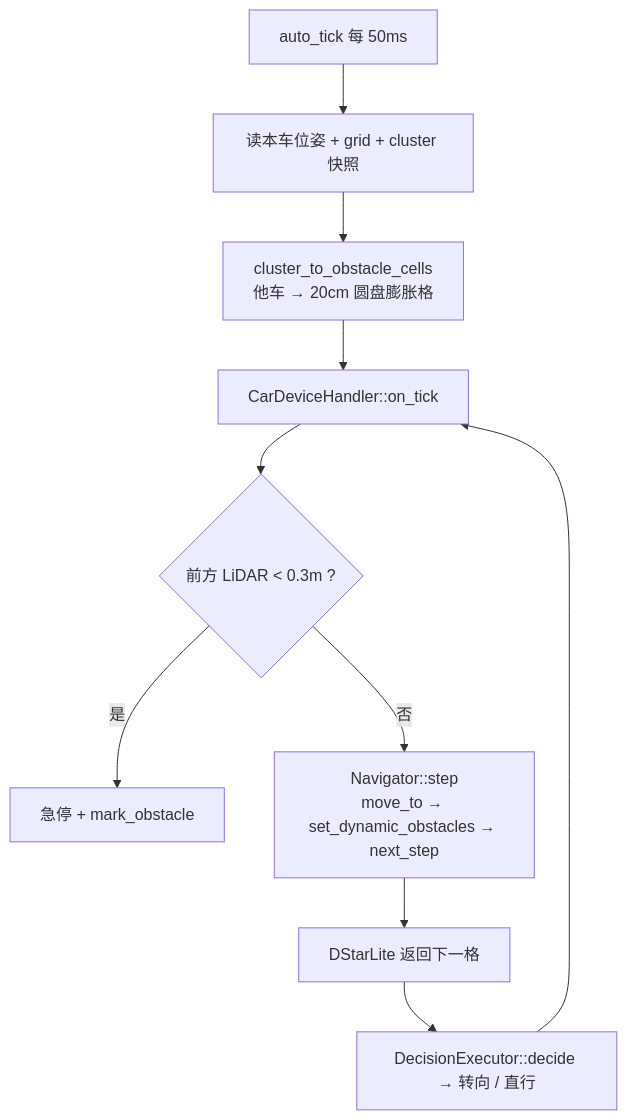
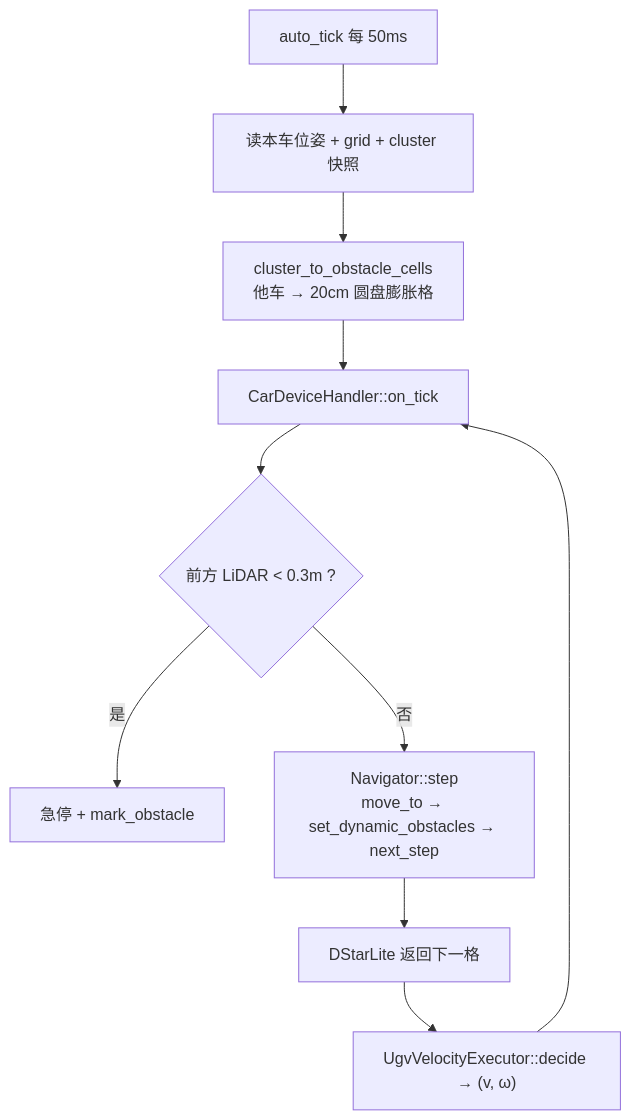
Before and after one commit to LYK-ce/Pleiades: the third of 5 diagrams in Architecture/robot_arch.md, drawn with Mermaid. The commit also changed other lines of this file and 2 other files, not shown here.

````diff
--- a/Architecture/robot_arch.md
+++ b/Architecture/robot_arch.md
@@ -299,12 +294,12 @@
 ```mermaid
 flowchart TD
     A["auto_tick 每 50ms"] --> B["读本车位姿 + grid + cluster 快照"]
     B --> C["cluster_to_obstacle_cells<br/>他车 → 20cm 圆盘膨胀格"]
     C --> D["CarDeviceHandler::on_tick"]
     D --> E{"前方 LiDAR < 0.3m ?"}
     E -- 是 --> F["急停 + mark_obstacle"]
     E -- 否 --> G["Navigator::step<br/>move_to → set_dynamic_obstacles → next_step"]
     G --> H["DStarLite 返回下一格"]
-    H --> I["DecisionExecutor::decide → 转向 / 直行"]
+    H --> I["UgvVelocityExecutor::decide → (v, ω)"]
     I --> D
 ```
````
